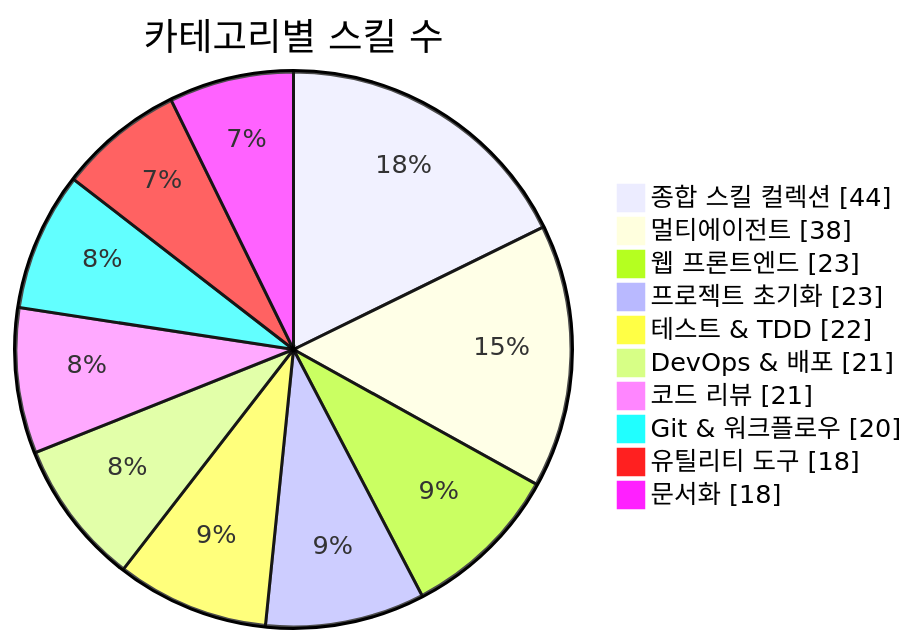
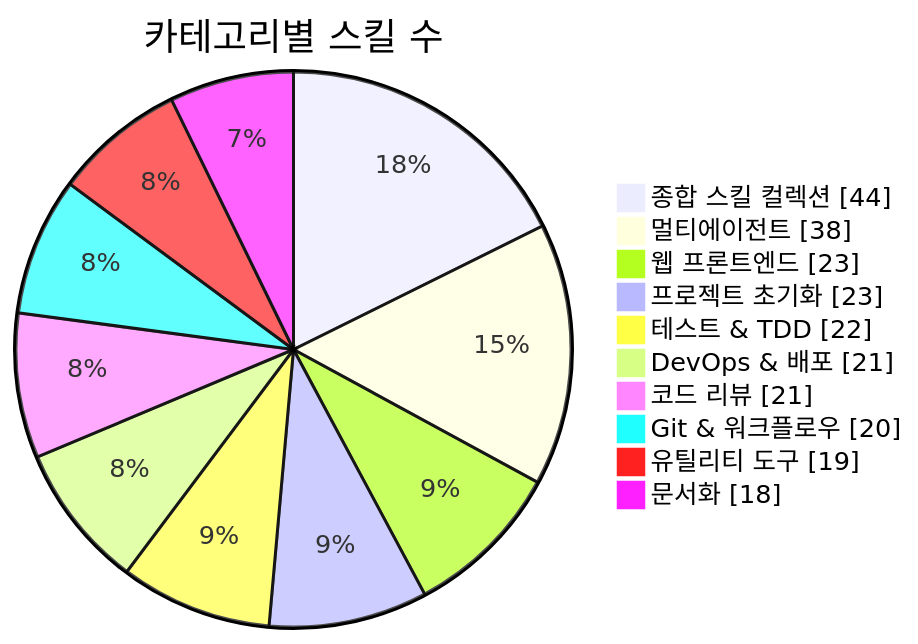
One commit to J-nowcow/awesome-korean-agent-skills changed the first of 3 diagrams in README.md. Above: the diagram before and after it, drawn with Mermaid. The commit also changed other lines of this file and 3 other files, not shown here.

````diff
--- a/README.md
+++ b/README.md
@@ -176,14 +176,14 @@
 ```mermaid
 pie showData
     title 카테고리별 스킬 수
     "종합 스킬 컬렉션" : 44
     "멀티에이전트" : 38
     "웹 프론트엔드" : 23
     "프로젝트 초기화" : 23
     "테스트 & TDD" : 22
     "DevOps & 배포" : 21
     "코드 리뷰" : 21
     "Git & 워크플로우" : 20
-    "유틸리티 도구" : 18
+    "유틸리티 도구" : 19
     "문서화" : 18
 ```
````
